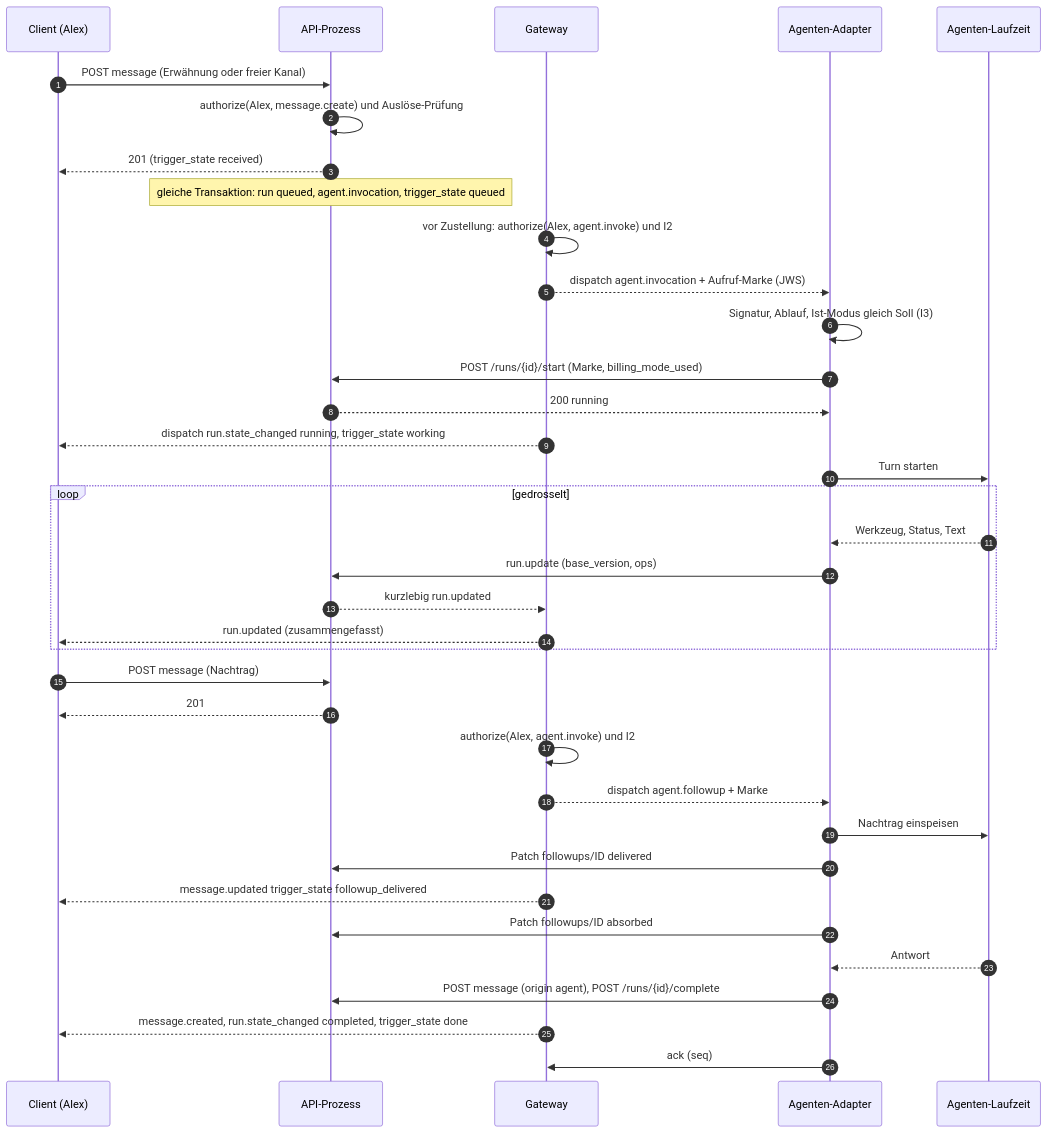
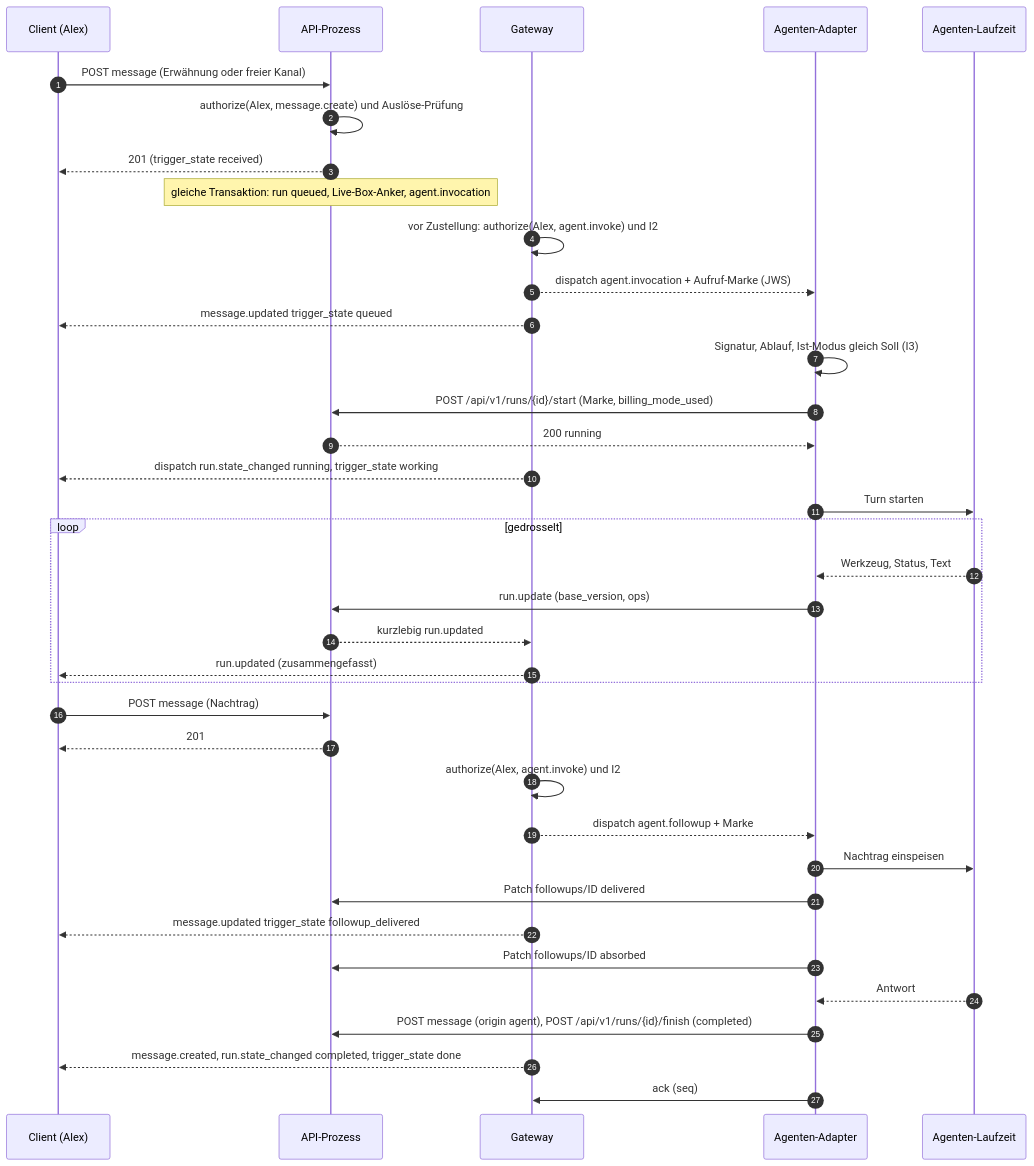
One commit to mguttmann/bothy changed the fifth of 5 diagrams in docs/spec/04-sync-protokoll.md. Above: the diagram before and after it, drawn with Mermaid. The commit also changed other lines of this file and 91 other files, not shown here.

````diff
--- a/docs/spec/04-sync-protokoll.md
+++ b/docs/spec/04-sync-protokoll.md
@@ -722,38 +867,39 @@
 ```mermaid
 sequenceDiagram
     autonumber
     participant H as Client (Alex)
     participant API as API-Prozess
     participant GW as Gateway
     participant A as Agenten-Adapter
     participant R as Agenten-Laufzeit
     H->>API: POST message (Erwähnung oder freier Kanal)
     API->>API: authorize(Alex, message.create) und Auslöse-Prüfung
     API-->>H: 201 (trigger_state received)
-    Note over API: gleiche Transaktion: run queued, agent.invocation, trigger_state queued
+    Note over API: gleiche Transaktion: run queued, Live-Box-Anker, agent.invocation
     GW->>GW: vor Zustellung: authorize(Alex, agent.invoke) und I2
     GW-->>A: dispatch agent.invocation + Aufruf-Marke (JWS)
+    GW-->>H: message.updated trigger_state queued
     A->>A: Signatur, Ablauf, Ist-Modus gleich Soll (I3)
-    A->>API: POST /runs/{id}/start (Marke, billing_mode_used)
+    A->>API: POST /api/v1/runs/{id}/start (Marke, billing_mode_used)
     API-->>A: 200 running
     GW-->>H: dispatch run.state_changed running, trigger_state working
     A->>R: Turn starten
     loop gedrosselt
         R-->>A: Werkzeug, Status, Text
         A->>API: run.update (base_version, ops)
         API-->>GW: kurzlebig run.updated
         GW-->>H: run.updated (zusammengefasst)
     end
     H->>API: POST message (Nachtrag)
     API-->>H: 201
     GW->>GW: authorize(Alex, agent.invoke) und I2
     GW-->>A: dispatch agent.followup + Marke
     A->>R: Nachtrag einspeisen
     A->>API: Patch followups/ID delivered
     GW-->>H: message.updated trigger_state followup_delivered
     A->>API: Patch followups/ID absorbed
     R-->>A: Antwort
-    A->>API: POST message (origin agent), POST /runs/{id}/complete
+    A->>API: POST message (origin agent), POST /api/v1/runs/{id}/finish (completed)
     GW-->>H: message.created, run.state_changed completed, trigger_state done
     A->>GW: ack (seq)
 ```
````
